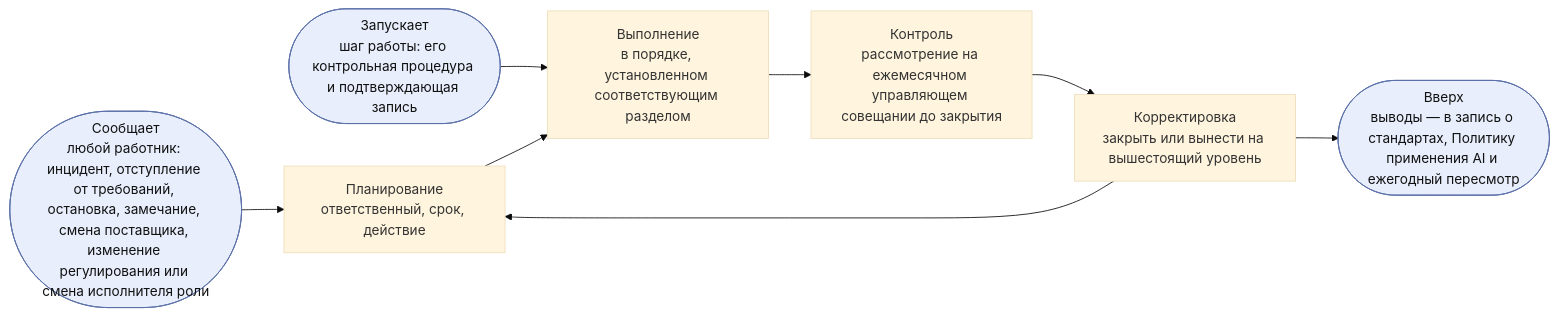
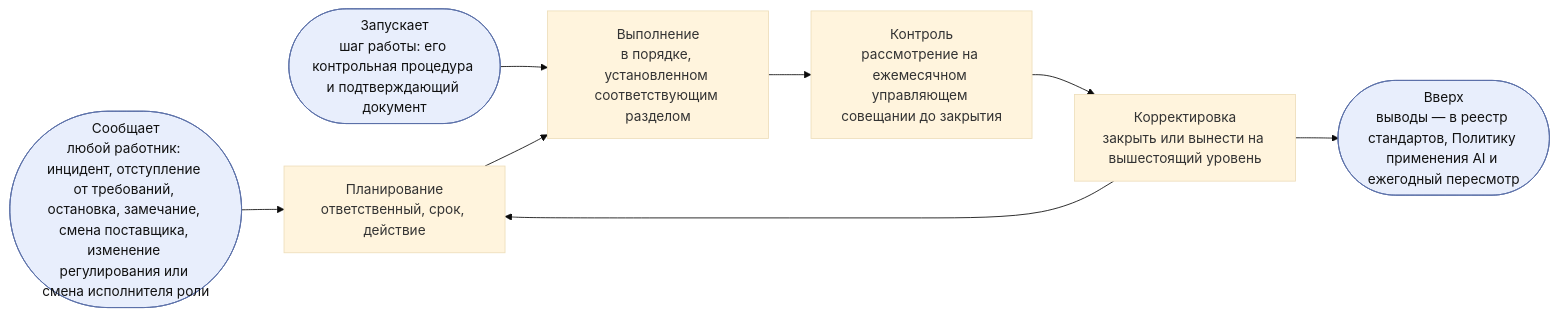
Before and after one commit to devhogu/ob-aicc: the sixth of 8 diagrams in charter/ru/documents/operating-model.md, drawn with Mermaid (base theme). The commit also changed other lines of this file and 370 other files, not shown here.

````diff
--- a/charter/ru/documents/operating-model.md
+++ b/charter/ru/documents/operating-model.md
@@ -240,8 +240,8 @@
 ```mermaid
 flowchart LR
   IN(["Сообщает<br/>любой работник: инцидент, отступление от требований, остановка, замечание, смена поставщика, изменение регулирования или смена исполнителя роли"]):::iface --> P
-  ST(["Запускает<br/>шаг работы: его контрольная процедура и подтверждающая запись"]):::iface --> D
+  ST(["Запускает<br/>шаг работы: его контрольная процедура и подтверждающий документ"]):::iface --> D
   P["Планирование<br/>ответственный, срок, действие"] --> D["Выполнение<br/>в порядке, установленном соответствующим разделом"] --> C["Контроль<br/>рассмотрение на ежемесячном управляющем совещании до закрытия"] --> A["Корректировка<br/>закрыть или вынести на вышестоящий уровень"] --> P
-  A --> OUT(["Вверх<br/>выводы — в запись о стандартах, Политику применения AI и ежегодный пересмотр"]):::iface
+  A --> OUT(["Вверх<br/>выводы — в реестр стандартов, Политику применения AI и ежегодный пересмотр"]):::iface
   classDef iface fill:#e8eefc,stroke:#5a6fa8,color:#111
 ```
````
